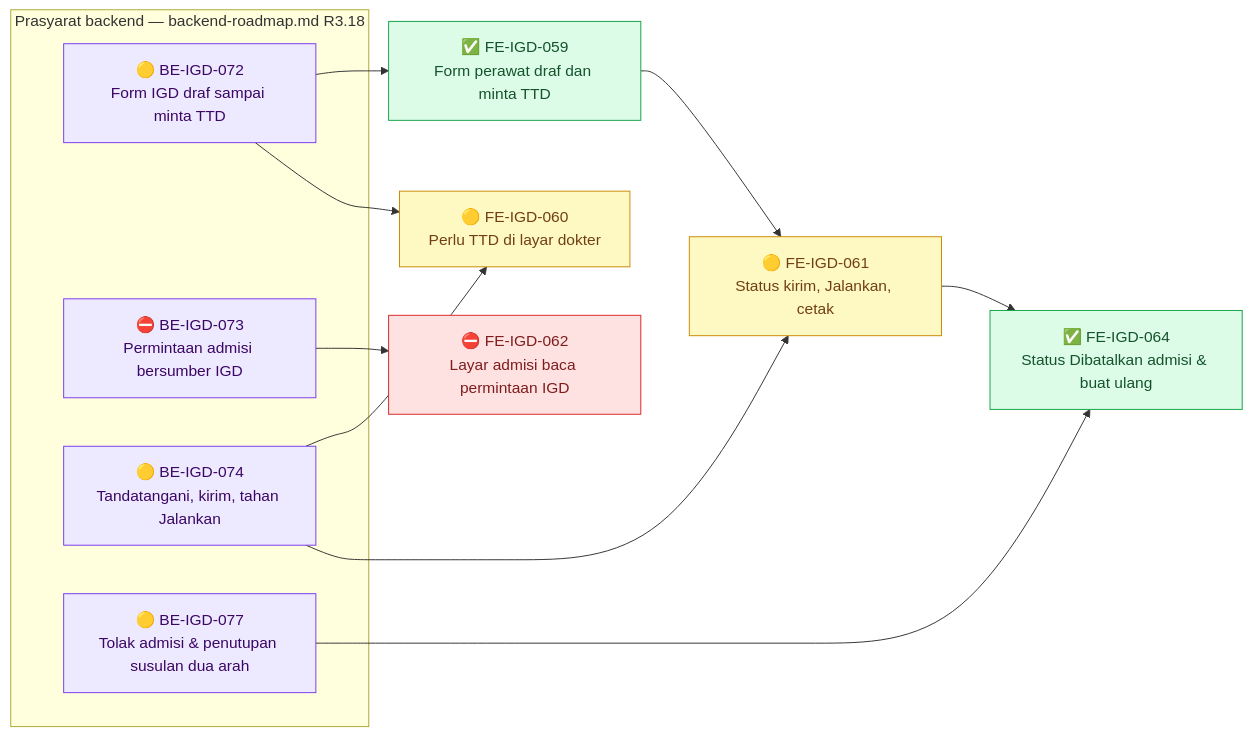
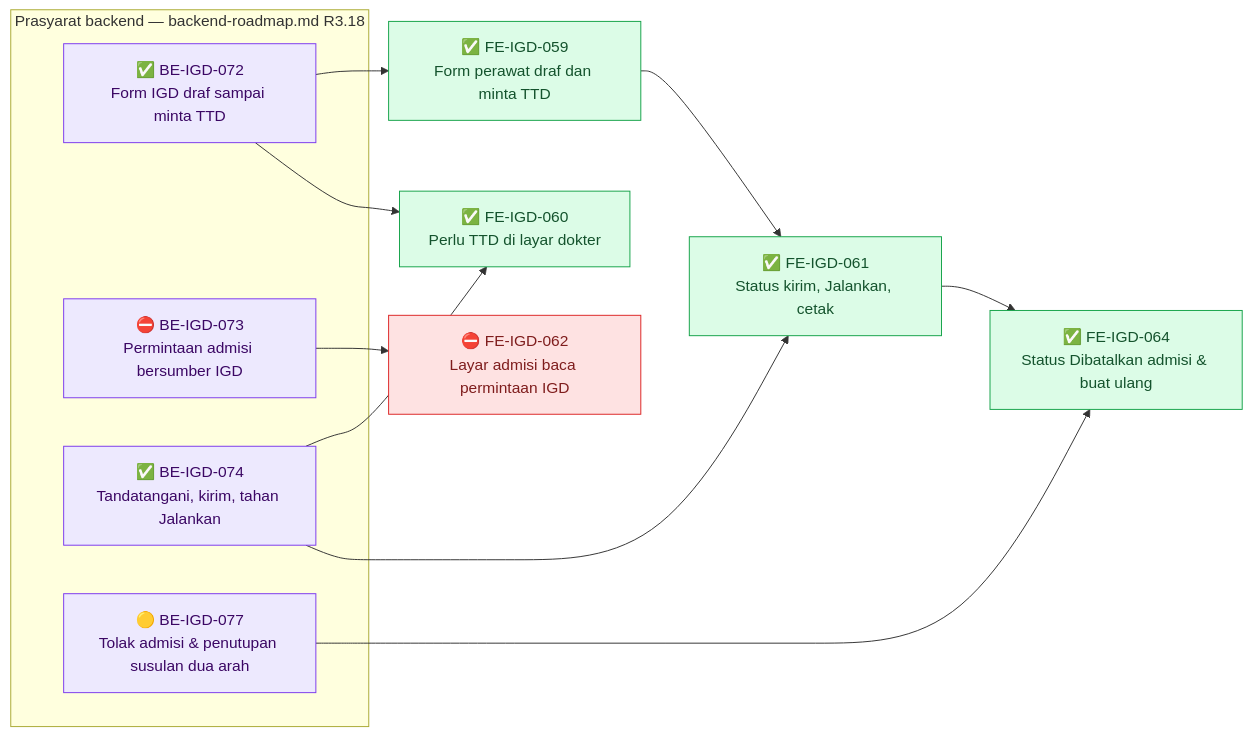
One commit to DevBenari/NewQuilvianSystemBackend changed diagram 19 of 19 in docs/module-blueprints/igd/roadmap/frontend-roadmap.md. Above: the diagram before and after it, drawn with Mermaid. The commit also changed other lines of this file and 58 other files, not shown here.

````diff
--- a/docs/module-blueprints/igd/roadmap/frontend-roadmap.md
+++ b/docs/module-blueprints/igd/roadmap/frontend-roadmap.md
@@ -2735,30 +2735,30 @@
 ```mermaid
 flowchart LR
     classDef selesai fill:#DCFCE7,stroke:#16A34A,color:#14532D
     classDef sebagian fill:#FEF9C3,stroke:#CA8A04,color:#713F12
     classDef terblokir fill:#FEE2E2,stroke:#DC2626,color:#7F1D1D
     classDef belum fill:#F1F5F9,stroke:#64748B,color:#0F172A
     classDef luar fill:#EDE9FE,stroke:#7C3AED,color:#3B0764
 
     subgraph backend1601["Prasyarat backend — backend-roadmap.md R3.18"]
-        BEIGD072P["🟡 BE-IGD-072<br/>Form IGD draf sampai minta TTD"]:::luar
+        BEIGD072P["✅ BE-IGD-072<br/>Form IGD draf sampai minta TTD"]:::luar
         BEIGD073P["⛔ BE-IGD-073<br/>Permintaan admisi bersumber IGD"]:::luar
-        BEIGD074P["🟡 BE-IGD-074<br/>Tandatangani, kirim, tahan Jalankan"]:::luar
+        BEIGD074P["✅ BE-IGD-074<br/>Tandatangani, kirim, tahan Jalankan"]:::luar
         BEIGD077P["🟡 BE-IGD-077<br/>Tolak admisi & penutupan susulan dua arah"]:::luar
     end
 
     FEIGD059["✅ FE-IGD-059<br/>Form perawat draf dan minta TTD"]:::selesai
-    FEIGD060["🟡 FE-IGD-060<br/>Perlu TTD di layar dokter"]:::sebagian
-    FEIGD061["🟡 FE-IGD-061<br/>Status kirim, Jalankan, cetak"]:::sebagian
+    FEIGD060["✅ FE-IGD-060<br/>Perlu TTD di layar dokter"]:::selesai
+    FEIGD061["✅ FE-IGD-061<br/>Status kirim, Jalankan, cetak"]:::selesai
     FEIGD062["⛔ FE-IGD-062<br/>Layar admisi baca permintaan IGD"]:::terblokir
     FEIGD064["✅ FE-IGD-064<br/>Status Dibatalkan admisi & buat ulang"]:::selesai
 
     BEIGD072P --> FEIGD059
     BEIGD072P --> FEIGD060
     BEIGD074P --> FEIGD060
     BEIGD074P --> FEIGD061
     FEIGD059 --> FEIGD061
     BEIGD073P --> FEIGD062
     BEIGD077P --> FEIGD064
     FEIGD061 --> FEIGD064
 ```
````
